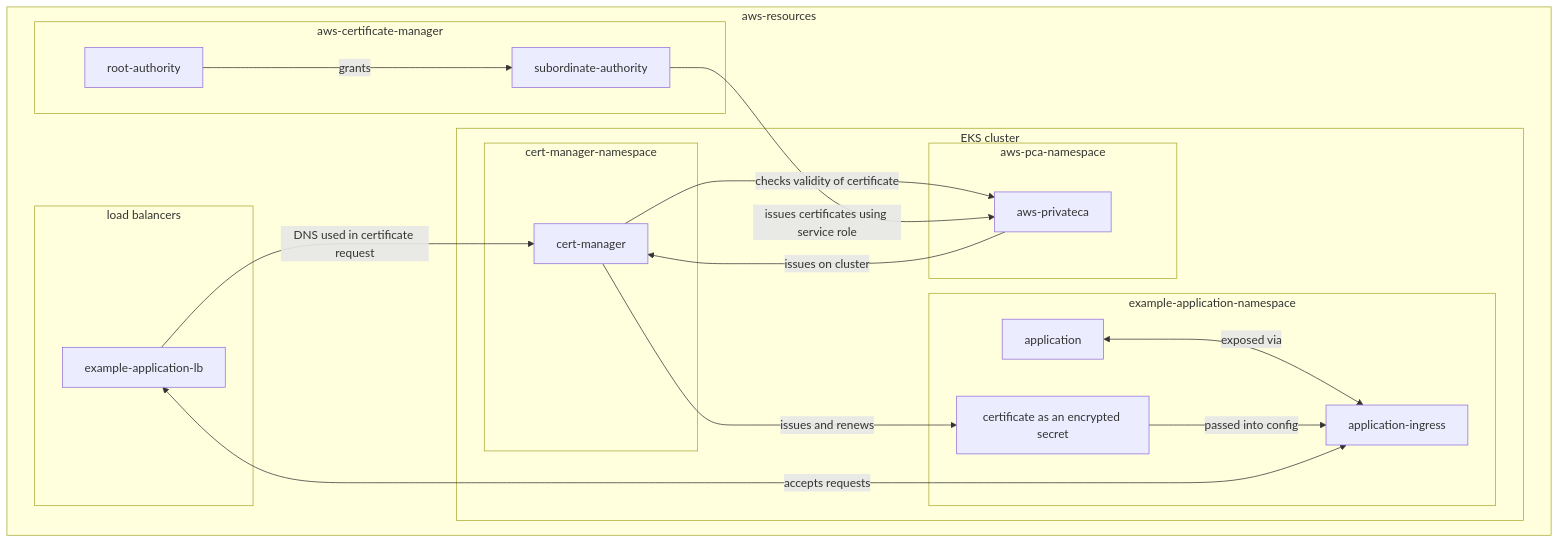
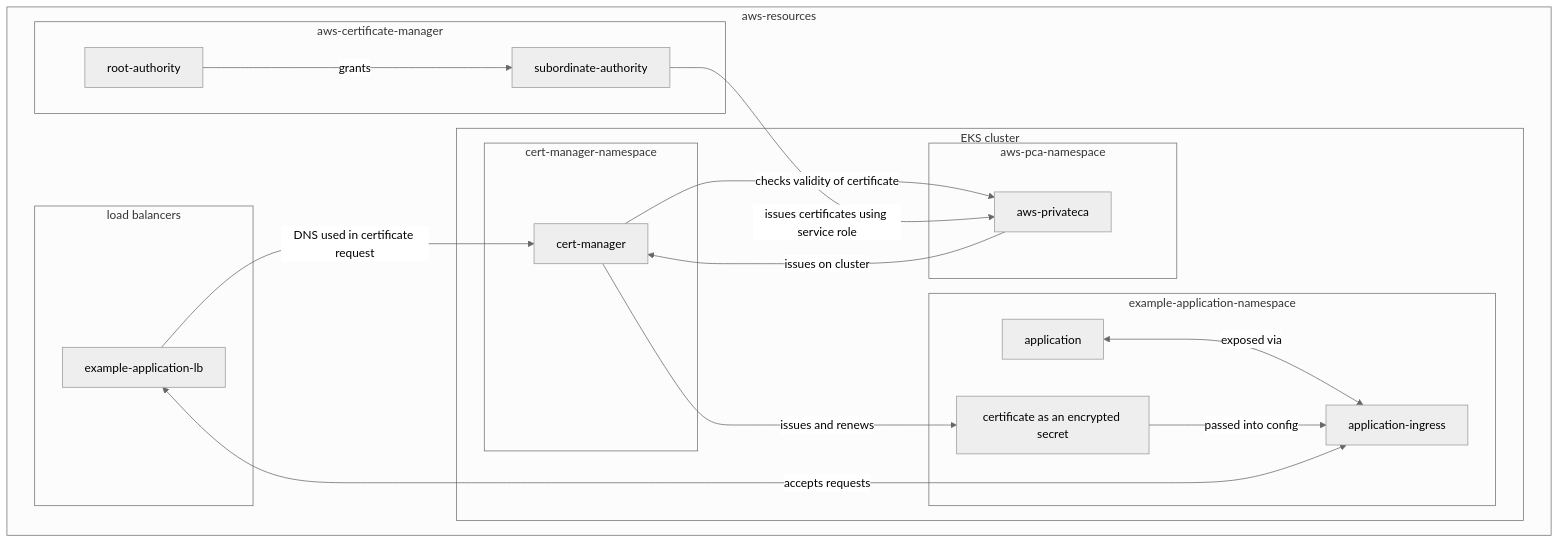
Before and after one commit to jsphwllng/jsphwllng.github.io: the diagram in _blog/awspca.md, drawn with Mermaid.

```diff
--- a/_blog/awspca.md
+++ b/_blog/awspca.md
@@ -7,35 +7,36 @@
 <div class="mermaid" markdown="0">
+%%{init: {'theme':'neutral'}}%%
 graph TD
   
 aws-privateca-->|issues on cluster|cert-manager
 cert-manager-->|checks validity of certificate|aws-privateca
 cert-manager-->|issues and renews|certificate
 subgraph aws-resources
 subgraph EKS cluster
         subgraph aws-pca-namespace
             aws-privateca
         end
         subgraph cert-manager-namespace
             cert-manager
         end  
         subgraph example-application-namespace
             application
             application-ingress
             certificate
         end
   end
     subgraph aws-certificate-manager
         root-authority
         subordinate-authority
     end
     subgraph load balancers
         example-application-lb
     end
     end
 application<-->|exposed via|application-ingress
 certificate[certificate as an encrypted secret]-->|passed into config|application-ingress
 application-ingress<-->|accepts requests|example-application-lb
 root-authority-->|grants|subordinate-authority
 subordinate-authority-->|issues certificates using service role|aws-privateca
 example-application-lb-->|DNS used in certificate request|cert-manager
 </div>
```
